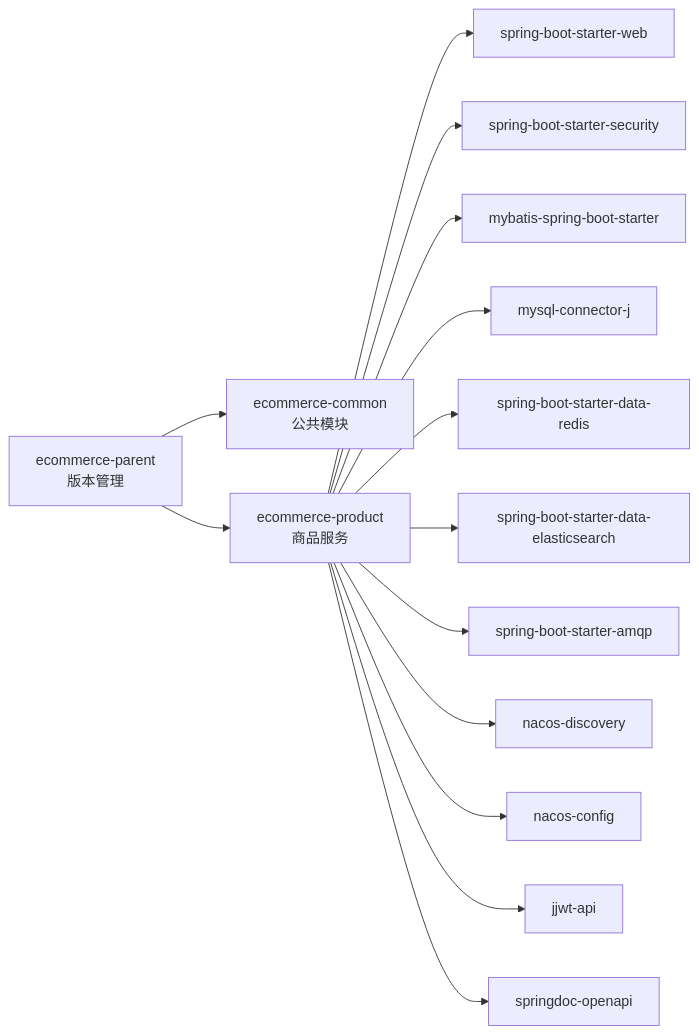
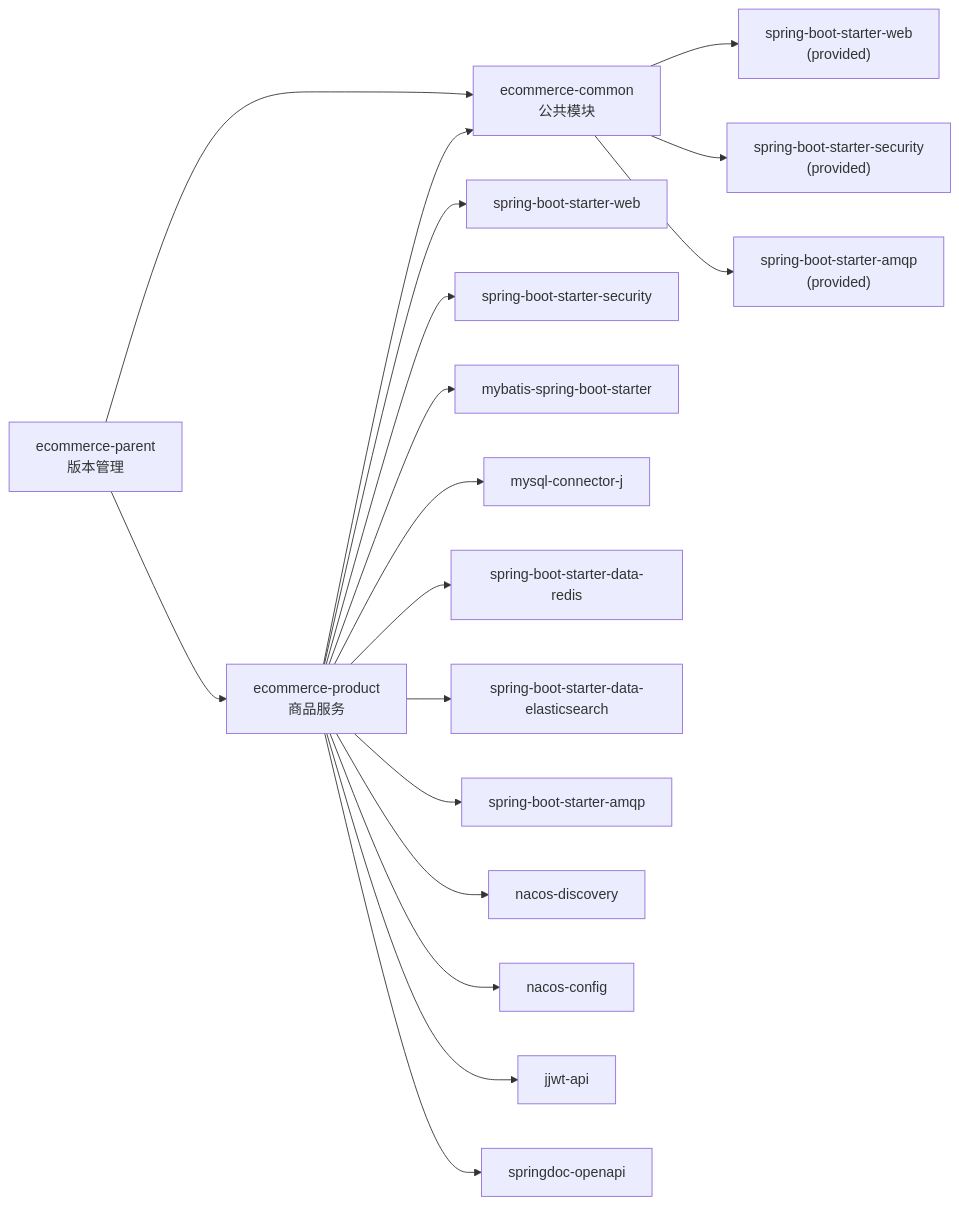
Before and after one commit to haohailiang/qoder-fullstack: the ninth of 9 diagrams in .qoder/repowiki/zh/content/后端架构设计/商品服务/商品服务架构设计.md, drawn with Mermaid. The commit also changed other lines of this file and 36 other files, not shown here.

````diff
--- a/.qoder/repowiki/zh/content/后端架构设计/商品服务/商品服务架构设计.md
+++ b/.qoder/repowiki/zh/content/后端架构设计/商品服务/商品服务架构设计.md
@@ -298,16 +314,20 @@
 ```mermaid
 graph LR
 Parent["ecommerce-parent<br/>版本管理"] --> Common["ecommerce-common<br/>公共模块"]
 Parent --> Product["ecommerce-product<br/>商品服务"]
-Product --> Web["spring-boot-starter-web"]
-Product --> Sec["spring-boot-starter-security"]
+Product --> Common
+Common --> Web["spring-boot-starter-web<br/>(provided)"]
+Common --> Sec["spring-boot-starter-security<br/>(provided)"]
+Common --> MQ["spring-boot-starter-amqp<br/>(provided)"]
+Product --> Web2["spring-boot-starter-web"]
+Product --> Sec2["spring-boot-starter-security"]
 Product --> MyBatis["mybatis-spring-boot-starter"]
 Product --> MySQL["mysql-connector-j"]
 Product --> Redis["spring-boot-starter-data-redis"]
 Product --> ES["spring-boot-starter-data-elasticsearch"]
-Product --> MQ["spring-boot-starter-amqp"]
+Product --> MQ2["spring-boot-starter-amqp"]
 Product --> NacosD["nacos-discovery"]
 Product --> NacosC["nacos-config"]
 Product --> JWT["jjwt-api"]
 Product --> OpenAPI["springdoc-openapi"]
 ```
````
